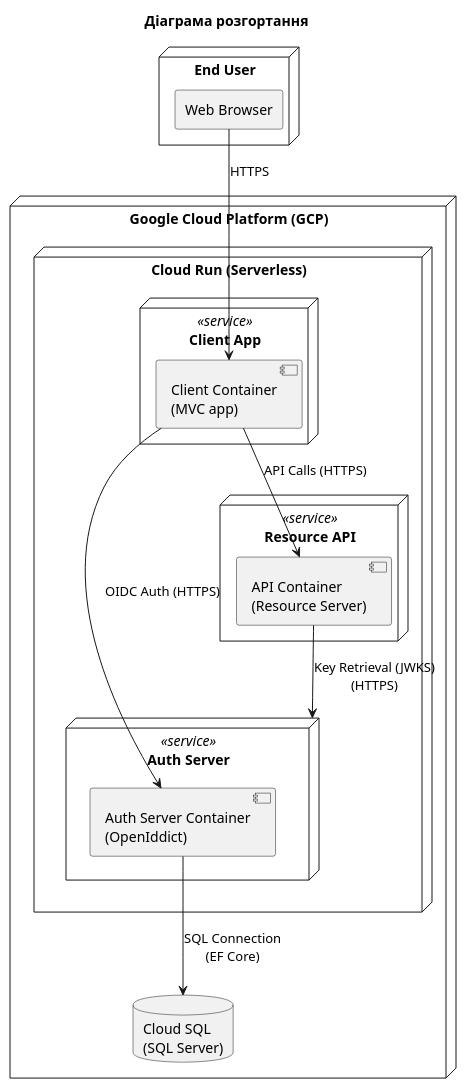
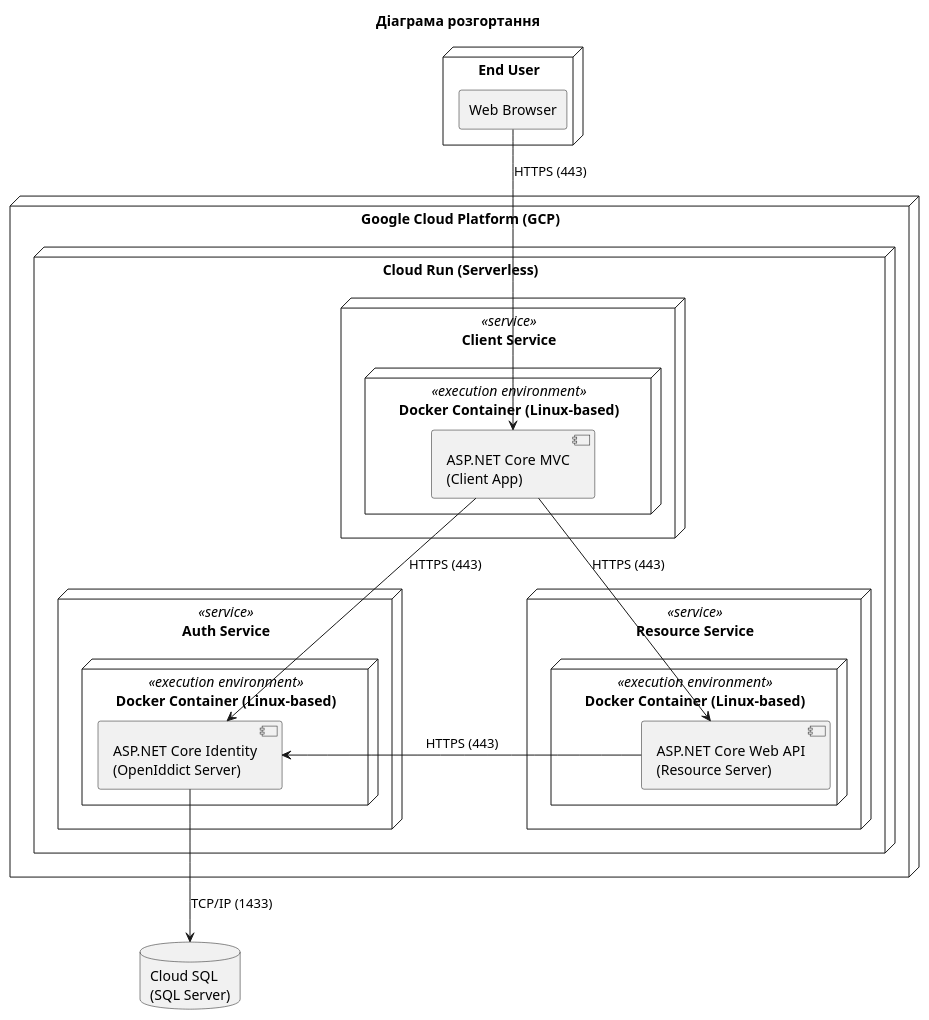
Before and after one commit to AyTee001/AuthProvider: the diagram in Docs/deployment_diagram.puml, drawn with PlantUML.

Commit message:
component diagram v2

```diff
--- a/Docs/deployment_diagram.puml
+++ b/Docs/deployment_diagram.puml
@@ -1,36 +1,44 @@
 @startuml "Deployment Diagram"
 title "Діаграма розгортання"
 
 skinparam componentStyle uml2
+skinparam nodesep 180
 
 node "Google Cloud Platform (GCP)" as GCP {
     
     node "Cloud Run (Serverless)" {
-        node "Client App" as CloudRunClient <<service>>{
-            component "Client Container\n(MVC app)" as ClientInstance
+        node "Client Service" <<service>> {
+            node "Docker Container (Linux-based)" as LinuxClient <<execution environment>> {
+               component "ASP.NET Core MVC\n(Client App)" as ClientInstance
+            }
+        }
+        node "Auth Service" <<service>> {
+            node "Docker Container (Linux-based)" as LinuxAuth <<execution environment>> {
+               component "ASP.NET Core Identity\n(OpenIddict Server)" as AuthInstance
+            }
         }
         
-        node "Auth Server" as CloudRunAuth <<service>>{
-            component "Auth Server Container\n(OpenIddict)" as AuthInstance
+        node "Resource Service" <<service>> {
+             node "Docker Container (Linux-based)" as LinuxApi <<execution environment>> {
+               component "ASP.NET Core Web API\n(Resource Server)" as ApiInstance
+            }
         }
-        
-        node "Resource API" as CloudRunApi <<service>> {
-            component "API Container\n(Resource Server)" as ApiInstance
-        }
+
+        AuthInstance -[hidden]right- ApiInstance
     }
+}
 
-    database "Cloud SQL\n(SQL Server)" as CloudSQL
-}
+database "Cloud SQL\n(SQL Server)" as CloudSQL
 
 node "End User" as UserNode {
     agent "Web Browser" as Browser
 }
 
-Browser --> ClientInstance : "HTTPS"
-ClientInstance --> AuthInstance : "OIDC Auth (HTTPS)"
-ClientInstance --> ApiInstance : "API Calls (HTTPS)"
+Browser --> ClientInstance : "HTTPS (443)"
+ClientInstance --> AuthInstance : "HTTPS (443)"
+ClientInstance --> ApiInstance : "HTTPS (443)"
 
-AuthInstance --> CloudSQL : "SQL Connection\n(EF Core)"
-ApiInstance --> CloudRunAuth : "Key Retrieval (JWKS)\n(HTTPS)"
+AuthInstance --> CloudSQL : "TCP/IP (1433)"
+ApiInstance --> AuthInstance : "HTTPS (443)"
 
 @enduml
```
